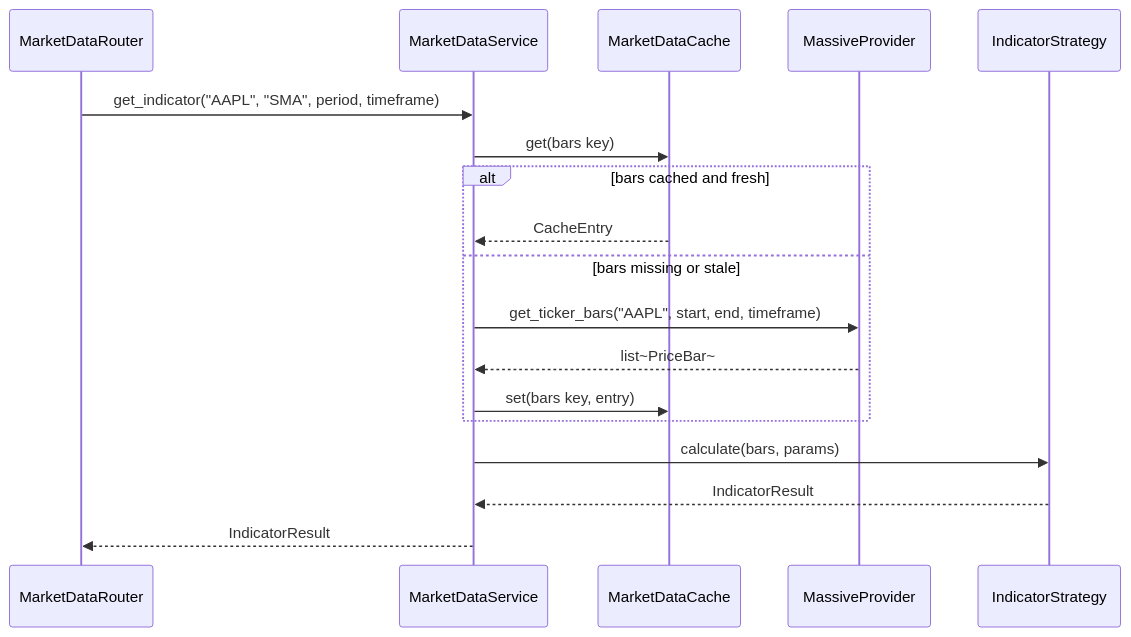
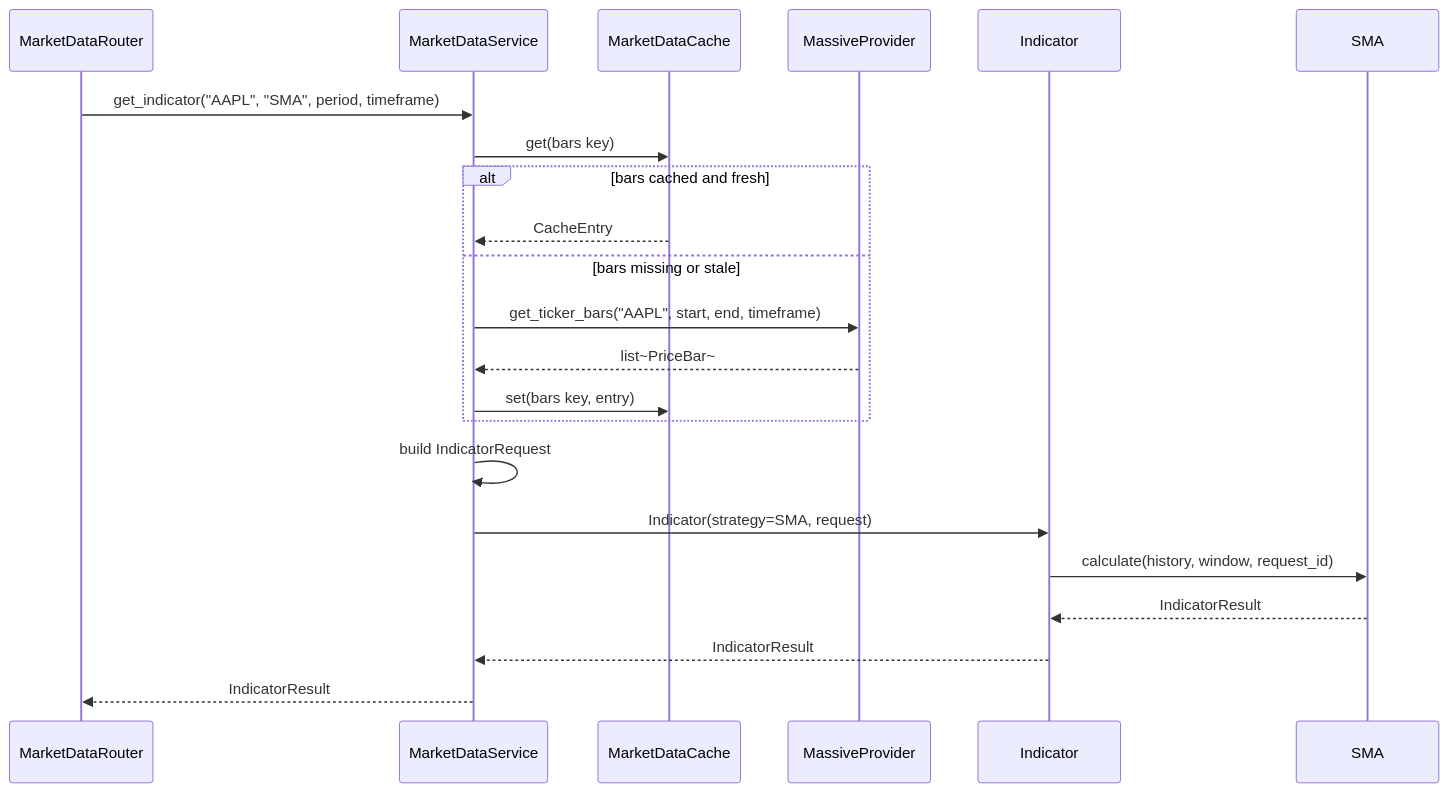
One commit to DylanLiesenfelt/StonksAPI changed the third of 3 diagrams in docs/design/MARKET_DATA_DESIGN.md. Above: the diagram before and after it, drawn with Mermaid. The commit also changed other lines of this file and 21 other files, not shown here.

````diff
--- a/docs/design/MARKET_DATA_DESIGN.md
+++ b/docs/design/MARKET_DATA_DESIGN.md
@@ -197,21 +228,25 @@
 ```mermaid
 sequenceDiagram
     participant R as MarketDataRouter
     participant Svc as MarketDataService
     participant Cache as MarketDataCache
     participant P as MassiveProvider
-    participant Ind as IndicatorStrategy
+    participant Ind as Indicator
+    participant Strat as SMA
 
     R->>Svc: get_indicator("AAPL", "SMA", period, timeframe)
     Svc->>Cache: get(bars key)
     alt bars cached and fresh
         Cache-->>Svc: CacheEntry
     else bars missing or stale
         Svc->>P: get_ticker_bars("AAPL", start, end, timeframe)
         P-->>Svc: list~PriceBar~
         Svc->>Cache: set(bars key, entry)
     end
-    Svc->>Ind: calculate(bars, params)
+    Svc->>Svc: build IndicatorRequest
+    Svc->>Ind: Indicator(strategy=SMA, request)
+    Ind->>Strat: calculate(history, window, request_id)
+    Strat-->>Ind: IndicatorResult
     Ind-->>Svc: IndicatorResult
     Svc-->>R: IndicatorResult
 ```
````
